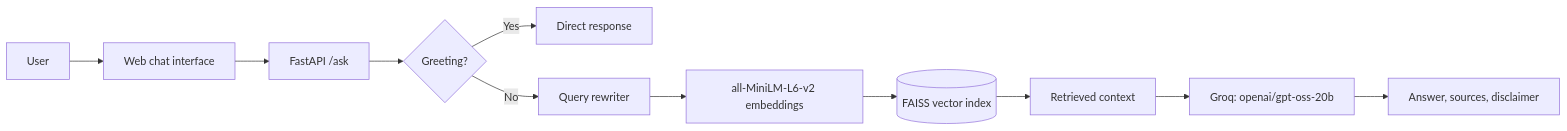
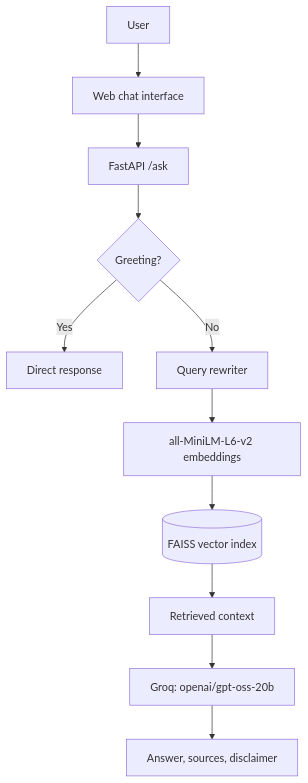
The diagram in README.md (raw9k/MediRAG), drawn with Mermaid before and after one commit.

Commit message:
fix: update architecture diagram flow direction in README

````diff
--- a/README.md
+++ b/README.md
@@ -27,13 +27,13 @@
 ```mermaid
-flowchart LR
+flowchart TD
     U[User] --> UI[Web chat interface]
     UI --> API[FastAPI /ask]
     API --> I{Greeting?}
     I -->|Yes| G[Direct response]
     I -->|No| Q[Query rewriter]
     Q --> E[all-MiniLM-L6-v2 embeddings]
     E --> F[(FAISS vector index)]
     F --> C[Retrieved context]
     C --> L[Groq: openai/gpt-oss-20b]
     L --> R[Answer, sources, disclaimer]
 ```
````
